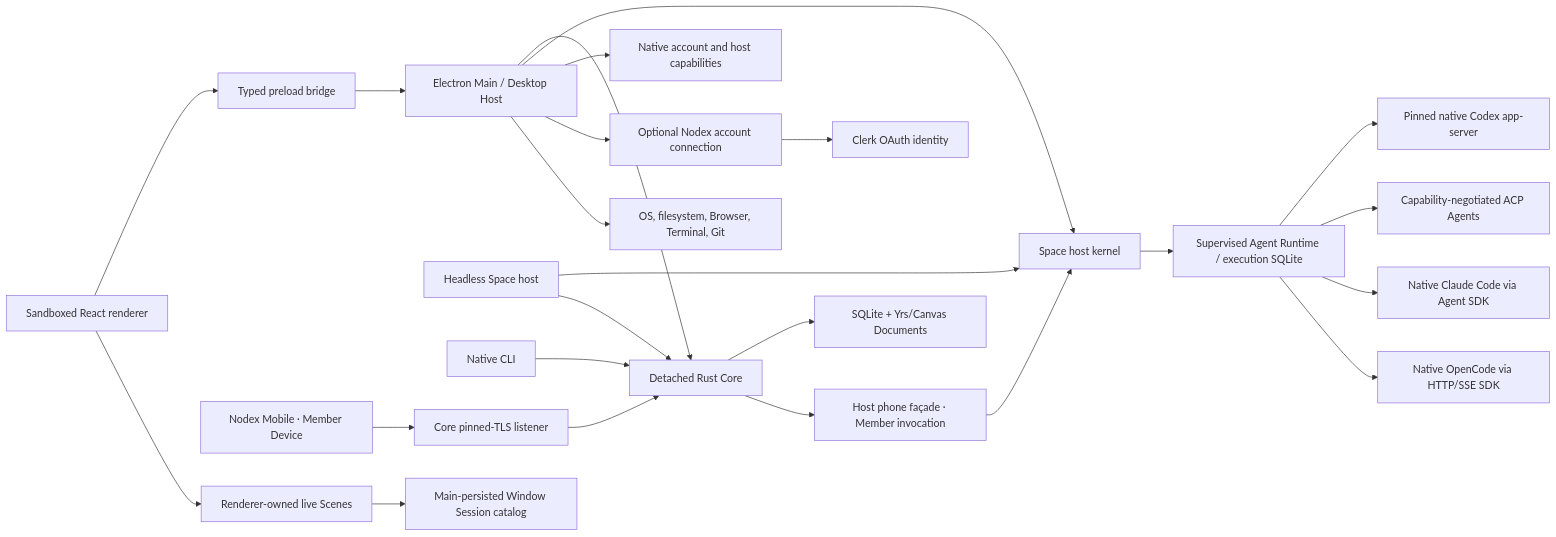
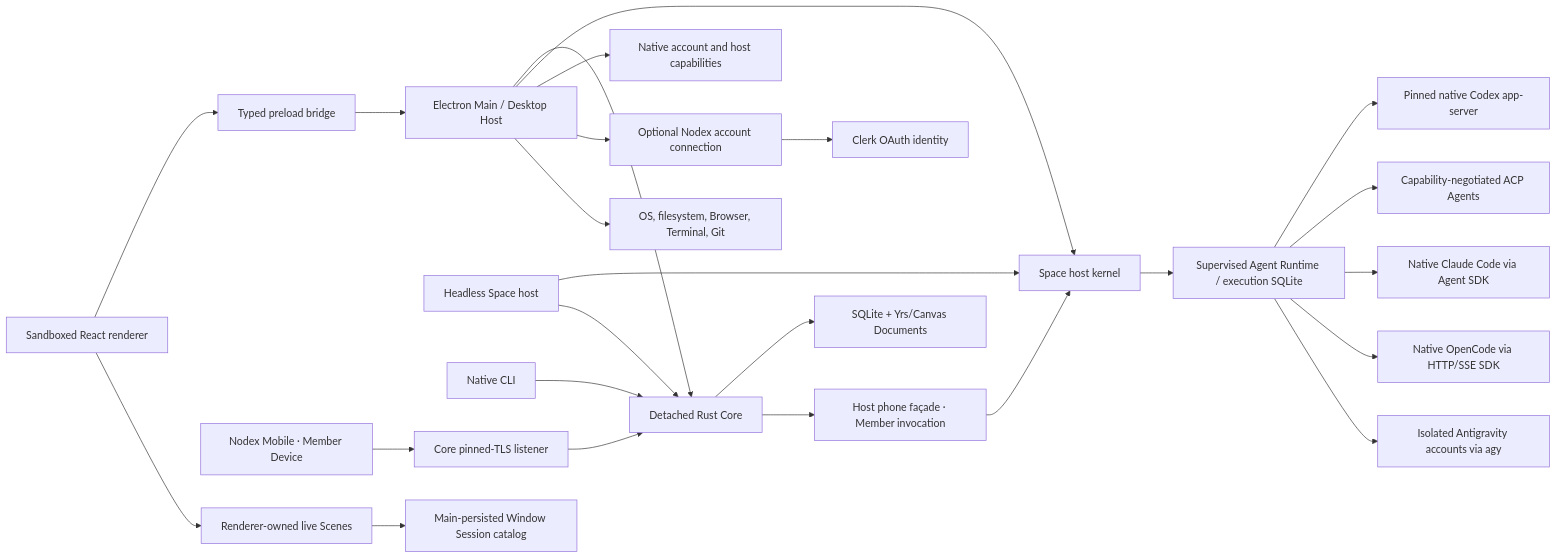
The first of 3 diagrams in docs/ARCHITECTURE.md (junyudev/nodex), drawn with Mermaid before and after one commit. The commit also changed other lines of this file and 209 other files, not shown here.

````diff
--- a/docs/ARCHITECTURE.md
+++ b/docs/ARCHITECTURE.md
@@ -16,26 +16,27 @@
 ```mermaid
 flowchart LR
     Renderer["Sandboxed React renderer"] --> Preload["Typed preload bridge"]
     Preload --> Main["Electron Main / Desktop Host"]
     Main --> Core["Detached Rust Core"]
     Serve["Headless Space host"] --> Kernel
     Serve --> Core
     CLI["Native CLI"] --> Core
     Core --> Store["SQLite + Yrs/Canvas Documents"]
     Main --> Kernel["Space host kernel"]
     Kernel --> Agent["Supervised Agent Runtime / execution SQLite"]
     Agent --> Codex["Pinned native Codex app-server"]
     Agent --> ACP["Capability-negotiated ACP Agents"]
     Agent --> Claude["Native Claude Code via Agent SDK"]
     Agent --> OpenCode["Native OpenCode via HTTP/SSE SDK"]
+    Agent --> Antigravity["Isolated Antigravity accounts via agy"]
     Phone["Nodex Mobile · Member Device"] --> TLS["Core pinned-TLS listener"]
     TLS --> Core
     Core --> Facade["Host phone façade · Member invocation"]
     Facade --> Kernel
     Main --> Accounts["Native account and host capabilities"]
     Main --> NodexAccount["Optional Nodex account connection"]
     NodexAccount --> Clerk["Clerk OAuth identity"]
     Main --> Host["OS, filesystem, Browser, Terminal, Git"]
     Renderer --> Scene["Renderer-owned live Scenes"]
     Scene --> Catalog["Main-persisted Window Session catalog"]
 ```
````
